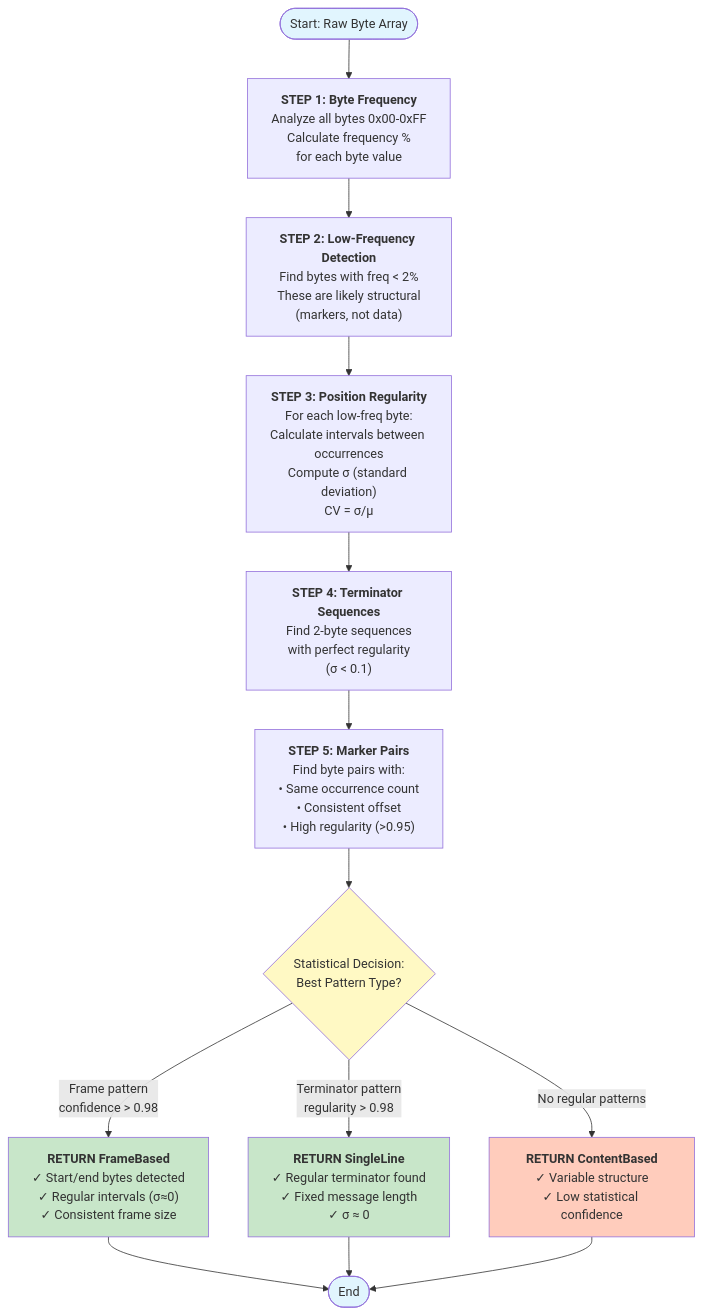
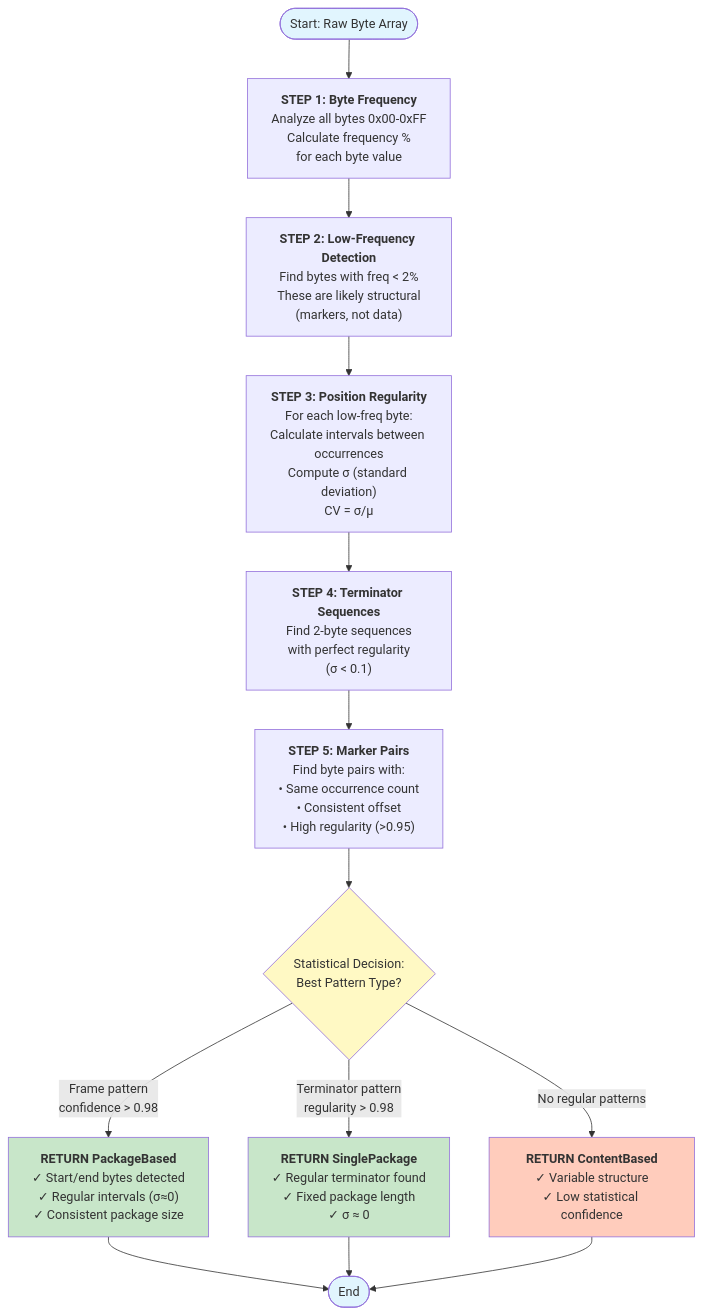
One commit to chumpon-asaneerat/NSerialCommTools changed the second of 8 diagrams in Documents/ModernDesign/03-Parsing-Strategy-Analysis.md. Above: the diagram before and after it, drawn with Mermaid. The commit also changed other lines of this file and 28 other files, not shown here.

````diff
--- a/Documents/ModernDesign/03-Parsing-Strategy-Analysis.md
+++ b/Documents/ModernDesign/03-Parsing-Strategy-Analysis.md
@@ -366,31 +366,31 @@
 ```mermaid
 flowchart TD
     Start([Start: Raw Byte Array]) --> Step1["<b>STEP 1: Byte Frequency</b><br/>Analyze all bytes 0x00-0xFF<br/>Calculate frequency %<br/>for each byte value"]
 
     Step1 --> Step2["<b>STEP 2: Low-Frequency Detection</b><br/>Find bytes with freq < 2%<br/>These are likely structural<br/>(markers, not data)"]
 
     Step2 --> Step3["<b>STEP 3: Position Regularity</b><br/>For each low-freq byte:<br/>Calculate intervals between occurrences<br/>Compute σ (standard deviation)<br/>CV = σ/μ"]
 
     Step3 --> Step4["<b>STEP 4: Terminator Sequences</b><br/>Find 2-byte sequences<br/>with perfect regularity<br/>(σ < 0.1)"]
 
     Step4 --> Step5["<b>STEP 5: Marker Pairs</b><br/>Find byte pairs with:<br/>• Same occurrence count<br/>• Consistent offset<br/>• High regularity (>0.95)"]
 
     Step5 --> Decide{"Statistical Decision:<br/>Best Pattern Type?"}
 
-    Decide -->|Frame pattern<br/>confidence > 0.98| Return1["<b>RETURN FrameBased</b><br/>✓ Start/end bytes detected<br/>✓ Regular intervals (σ≈0)<br/>✓ Consistent frame size"]
+    Decide -->|Frame pattern<br/>confidence > 0.98| Return1["<b>RETURN PackageBased</b><br/>✓ Start/end bytes detected<br/>✓ Regular intervals (σ≈0)<br/>✓ Consistent package size"]
 
-    Decide -->|Terminator pattern<br/>regularity > 0.98| Return2["<b>RETURN SingleLine</b><br/>✓ Regular terminator found<br/>✓ Fixed message length<br/>✓ σ ≈ 0"]
+    Decide -->|Terminator pattern<br/>regularity > 0.98| Return2["<b>RETURN SinglePackage</b><br/>✓ Regular terminator found<br/>✓ Fixed package length<br/>✓ σ ≈ 0"]
 
     Decide -->|No regular patterns| Return3["<b>RETURN ContentBased</b><br/>✓ Variable structure<br/>✓ Low statistical confidence"]
 
     Return1 --> End([End])
     Return2 --> End
     Return3 --> End
 
     style Start fill:#E1F5FE
     style Decide fill:#FFF9C4
     style Return1 fill:#C8E6C9
     style Return2 fill:#C8E6C9
     style Return3 fill:#FFCCBC
     style End fill:#E1F5FE
 ```
````
